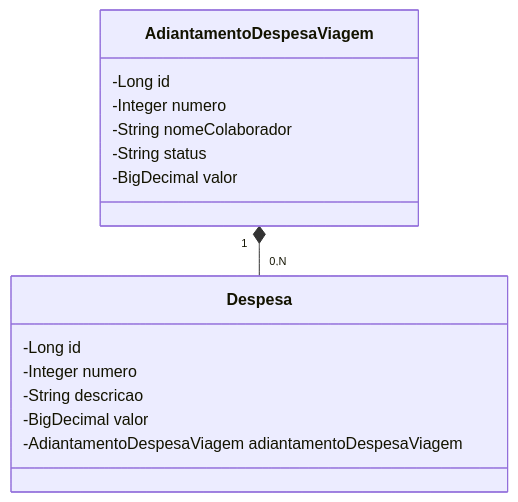
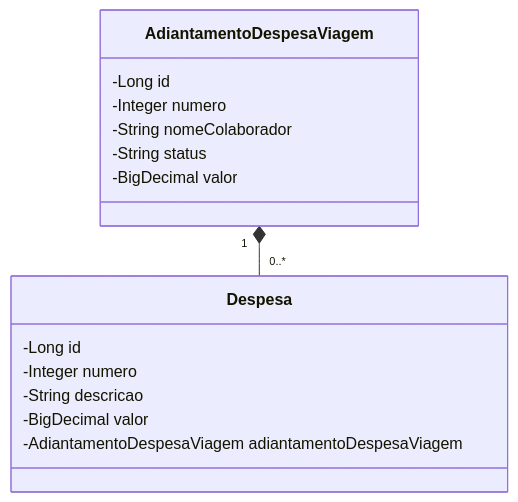
The diagram in rest.api/README.md (RicarlosJunior/api-rest-estudos), drawn with Mermaid before and after one commit.

````diff
--- a/rest.api/README.md
+++ b/rest.api/README.md
@@ -7,21 +7,21 @@
 ```mermaid
 classDiagram
     class AdiantamentoDespesaViagem {
         -Long id
         -Integer numero
         -String nomeColaborador
         -String status
         -BigDecimal valor
     }
 
     class Despesa {
         -Long id
         -Integer numero
         -String descricao
         -BigDecimal valor
         -AdiantamentoDespesaViagem adiantamentoDespesaViagem
     }
 
- AdiantamentoDespesaViagem "1" *-- "0,N" Despesa
+ AdiantamentoDespesaViagem "1" *-- "0..*" Despesa
 
 ```
````
